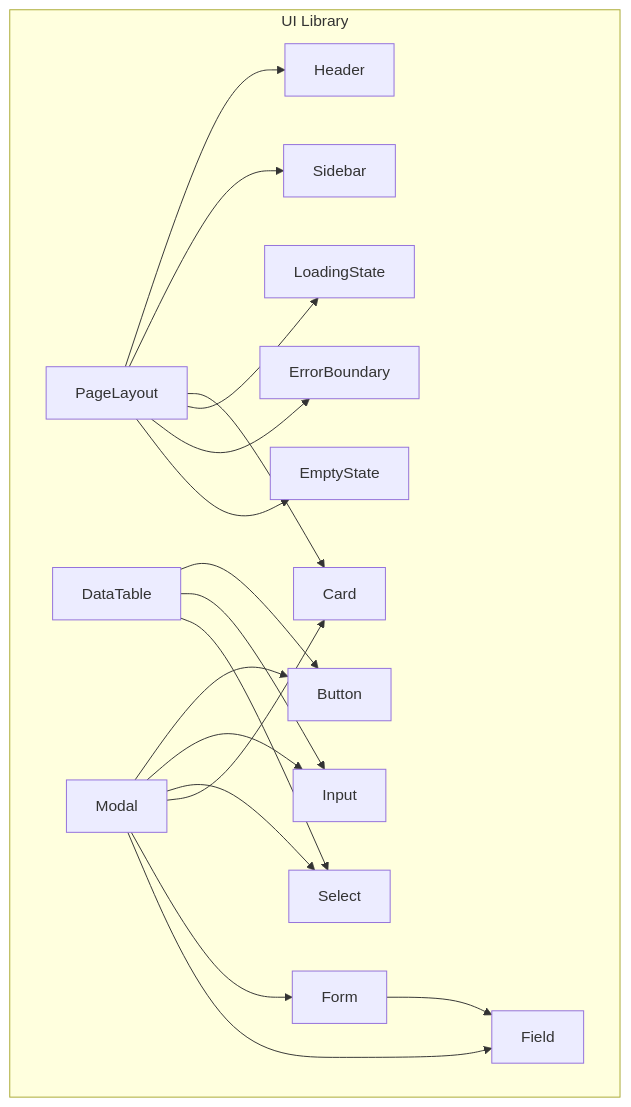
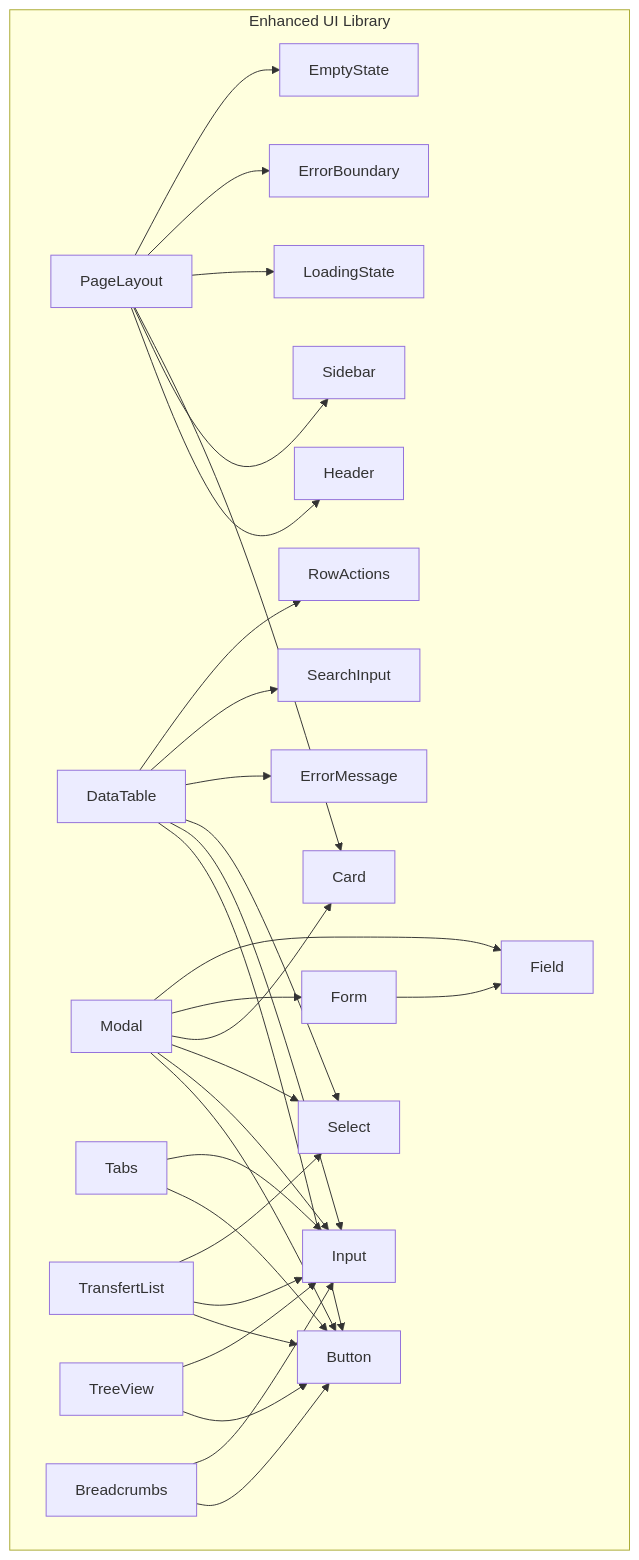
One commit to franckylab/eLISAschool changed the first of 6 diagrams in .qoder/repowiki/en/content/System Architecture/Frontend Architecture/Component Architecture/Shared UI Components.md. Above: the diagram before and after it, drawn with Mermaid. The commit also changed other lines of this file and 79 other files, not shown here.

````diff
--- a/.qoder/repowiki/en/content/System Architecture/Frontend Architecture/Component Architecture/Shared UI Components.md
+++ b/.qoder/repowiki/en/content/System Architecture/Frontend Architecture/Component Architecture/Shared UI Components.md
@@ -46,35 +66,54 @@
 ```mermaid
 graph TB
-subgraph "UI Library"
+subgraph "Enhanced UI Library"
 A["Button"]
 B["Input"]
 C["Select"]
 D["Card"]
 E["DataTable"]
 F["Modal"]
 G["Form"]
 H["Field"]
 I["LoadingState"]
 J["ErrorBoundary"]
 K["EmptyState"]
 L["Header"]
 M["Sidebar"]
 N["PageLayout"]
+O["ErrorMessage"]
+P["SearchInput"]
+Q["Tabs"]
+R["TransfertList"]
+S["TreeView"]
+T["RowActions"]
+U["Breadcrumbs"]
 end
 G --> H
 N --> L
 N --> M
 E --> A
 E --> B
 E --> C
 F --> A
 F --> B
 F --> C
 F --> D
 F --> G
 F --> H
 N --> D
 N --> I
 N --> J
 N --> K
+E --> O
+E --> P
+E --> T
+Q --> A
+Q --> B
+R --> A
+R --> B
+R --> C
+S --> A
+S --> B
+U --> A
+U --> B
 ```
````
